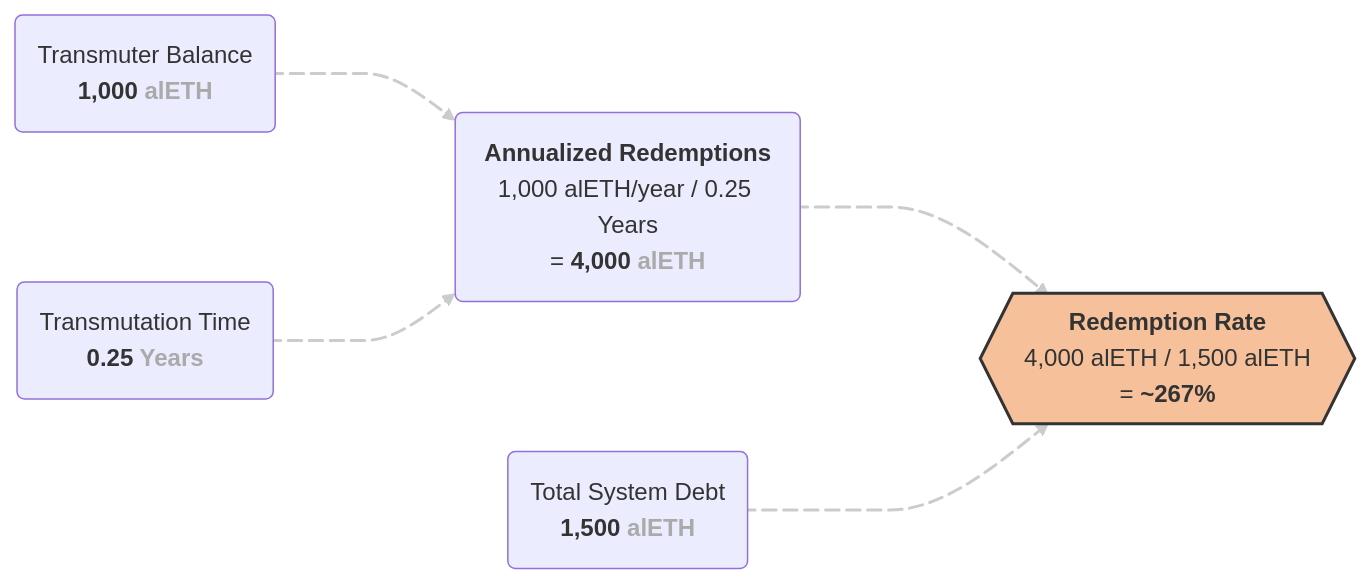
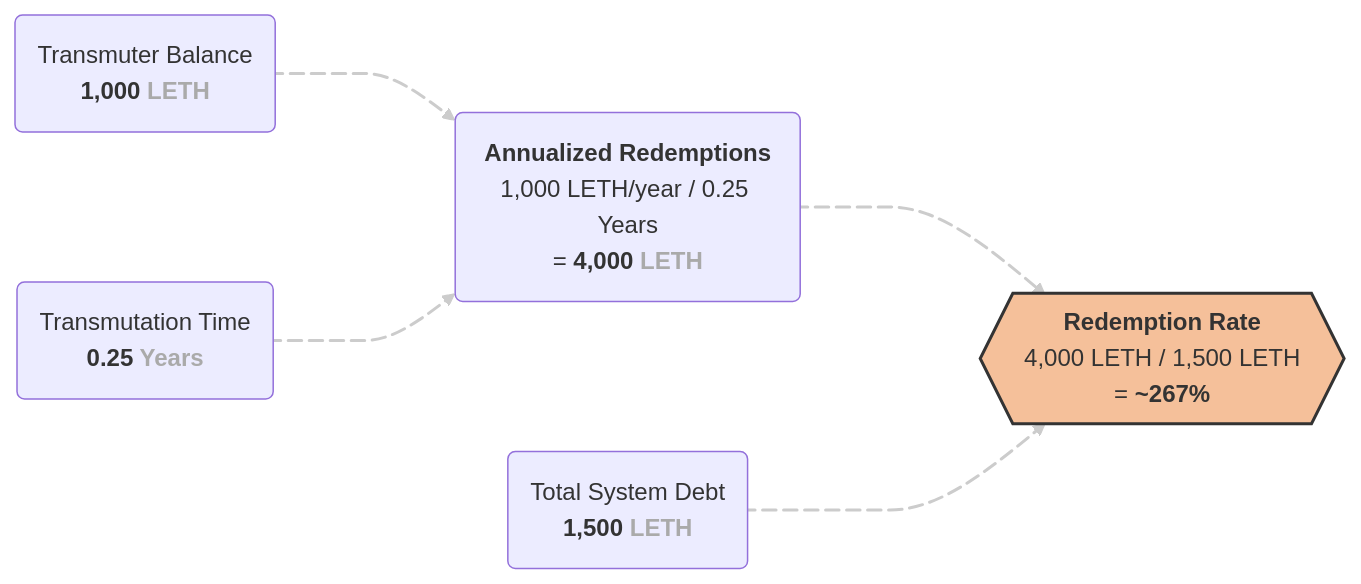
One commit to luxfi/liquid changed the second of 3 diagrams in docs/docs/user/concepts/redemption-rate.md. Above: the diagram before and after it, drawn with Mermaid. The commit also changed other lines of this file and 34 other files, not shown here.

````diff
--- a/docs/docs/user/concepts/redemption-rate.md
+++ b/docs/docs/user/concepts/redemption-rate.md
@@ -77,31 +77,31 @@
 ```mermaid
 %%{init: {
   'themeVariables': { 'fontFamily': 'Montserrat'},
   'flowchart': {
       'curve': 'monotoneX',
       'nodeSpacing': 100,
       'rankSpacing': 120
   }
 }}%%
 flowchart LR
     %% Nodes
-    A(Transmuter Balance<br/><b>1,000 <span style='color:#aaa'>alETH</span></b>)
+    A(Transmuter Balance<br/><b>1,000 <span style='color:#aaa'>LETH</span></b>)
     B(Transmutation Time<br/><b>0.25 <span style='color:#aaa'>Years</span></b>)
-    C(Total System Debt<br/><b>1,500 <span style='color:#aaa'>alETH</span></b>)
-    D(<b>Annualized Redemptions</b><br/>1,000 alETH/year / 0.25 Years<br/>= <b>4,000 <span style='color:#aaa'>alETH</span></b>)
-    E{{<b>Redemption Rate</b><br/>4,000 alETH / 1,500 alETH<br/>= <b>~267%</b>}}
+    C(Total System Debt<br/><b>1,500 <span style='color:#aaa'>LETH</span></b>)
+    D(<b>Annualized Redemptions</b><br/>1,000 LETH/year / 0.25 Years<br/>= <b>4,000 <span style='color:#aaa'>LETH</span></b>)
+    E{{<b>Redemption Rate</b><br/>4,000 LETH / 1,500 LETH<br/>= <b>~267%</b>}}
 
     %% Logic
     A e1@--> D
     B e2@--> D
     D e3@==> E
     C e4@--> E
 
     %% Styling / Ani
     style E fill:#f5c09a,stroke:#333,stroke-width:2px,color:#333
     linkStyle 0,1,2,3 stroke:#ccc,stroke-width:2px,color:#ccc
     e1@{ animation: slow }
     e2@{ animation: slow }
     e3@{ animation: fast }
     e4@{ animation: slow }
 ```
````
